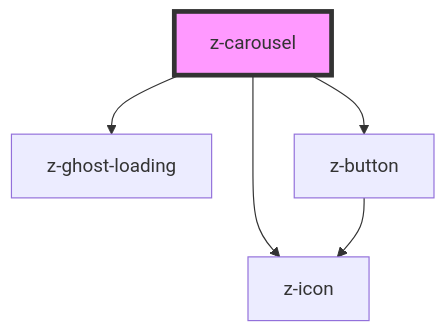
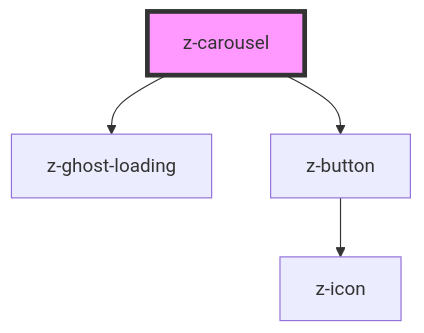
The diagram in src/components/z-carousel/readme.md (ZanichelliEditore/design-system), drawn with Mermaid before and after one commit. The commit also changed other lines of this file and 3 other files, not shown here.

````diff
--- a/src/components/z-carousel/readme.md
+++ b/src/components/z-carousel/readme.md
@@ -52,8 +53,7 @@
 ```mermaid
 graph TD;
   z-carousel --> z-ghost-loading
   z-carousel --> z-button
-  z-carousel --> z-icon
   z-button --> z-icon
   style z-carousel fill:#f9f,stroke:#333,stroke-width:4px
 ```
````
